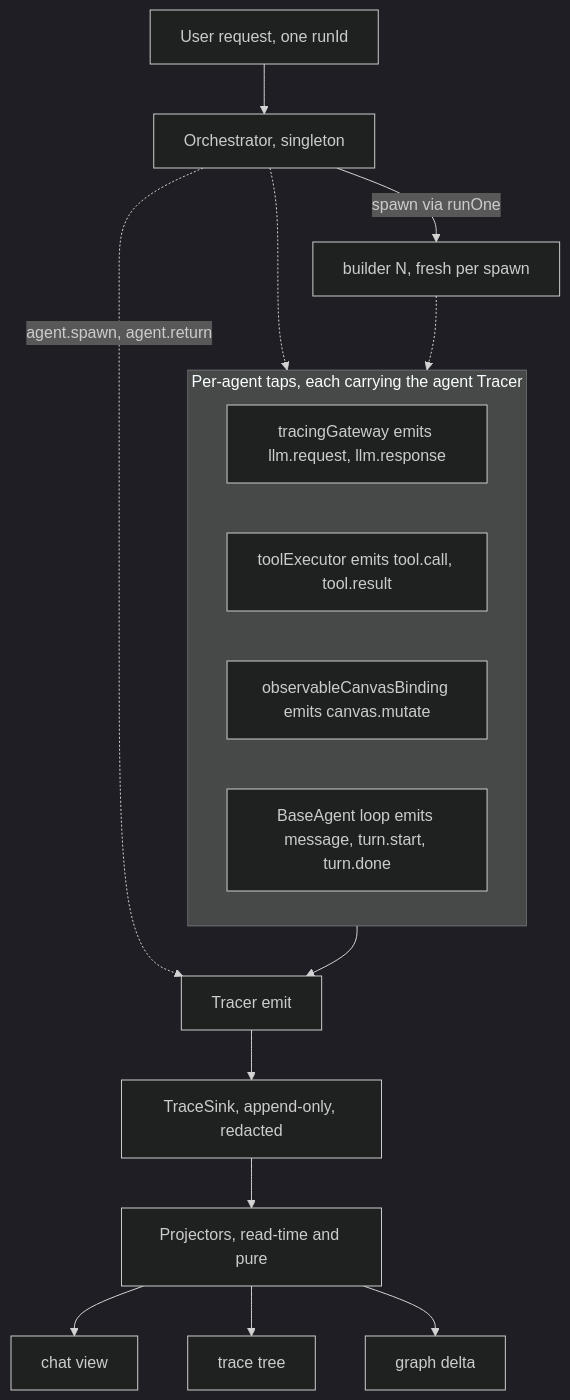
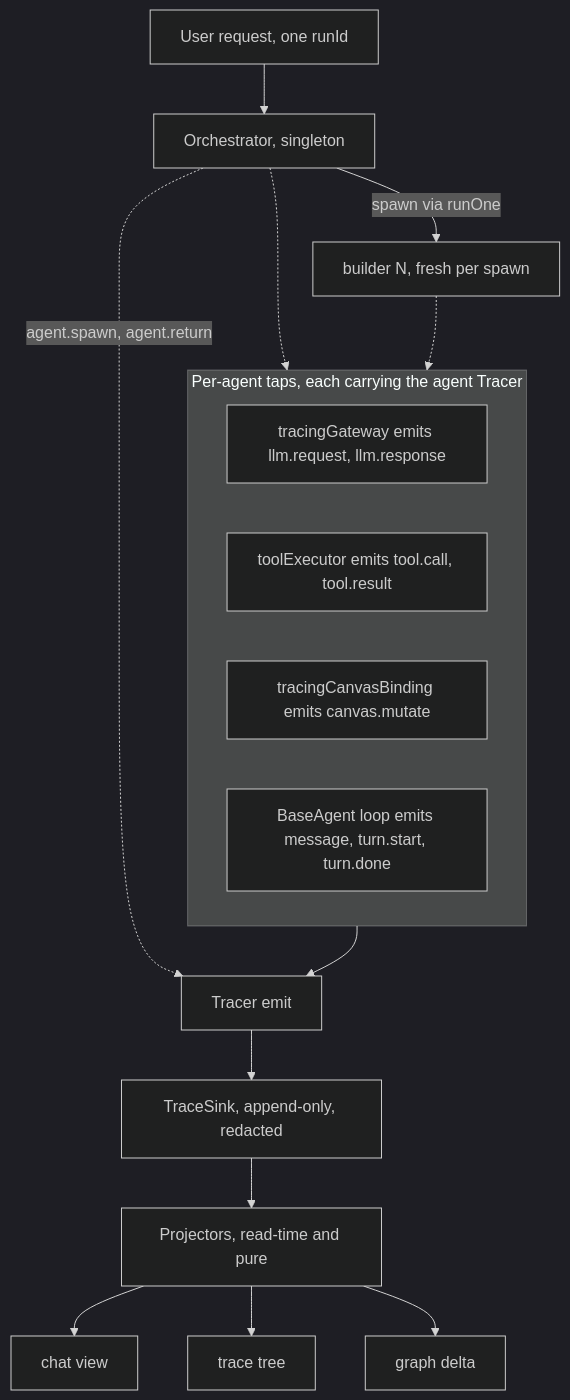
One commit to lemoncloud-io/eureka-flow changed the diagram in docs/browser-agent/design/trace-spec.md. Above: the diagram before and after it, drawn with Mermaid (dark theme). The commit also changed other lines of this file and 24 other files, not shown here.

````diff
--- a/docs/browser-agent/design/trace-spec.md
+++ b/docs/browser-agent/design/trace-spec.md
@@ -48,23 +48,23 @@
 ```mermaid
 flowchart TD
     U["User request, one runId"] --> O["Orchestrator, singleton"]
     O -->|"spawn via runOne"| B["builder N, fresh per spawn"]
 
     O -.-> TAPS
     B -.-> TAPS
 
     subgraph TAPS["Per-agent taps, each carrying the agent Tracer"]
         TG["tracingGateway emits llm.request, llm.response"]
         TE["toolExecutor emits tool.call, tool.result"]
-        OB["observableCanvasBinding emits canvas.mutate"]
+        OB["tracingCanvasBinding emits canvas.mutate"]
         LP["BaseAgent loop emits message, turn.start, turn.done"]
     end
 
     O -.->|"agent.spawn, agent.return"| TR
     TAPS --> TR["Tracer emit"]
     TR --> SINK["TraceSink, append-only, redacted"]
     SINK --> PROJ["Projectors, read-time and pure"]
     PROJ --> CHAT["chat view"]
     PROJ --> TREE["trace tree"]
     PROJ --> DIFF["graph delta"]
 ```
````
